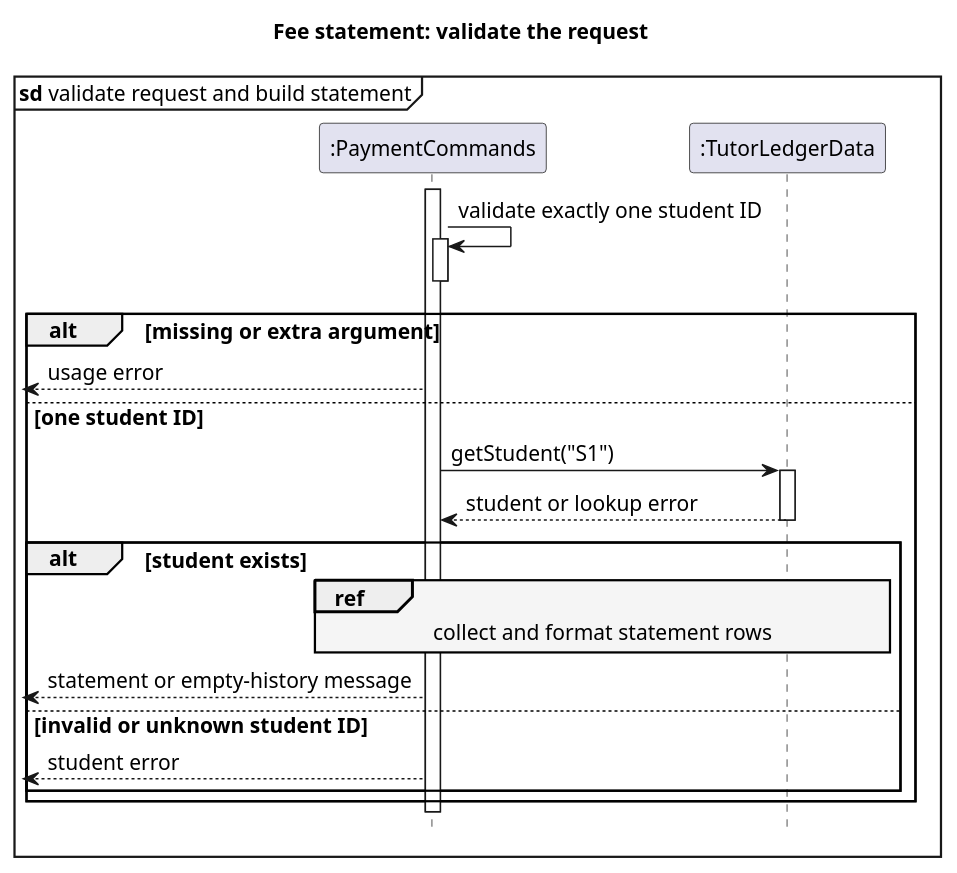
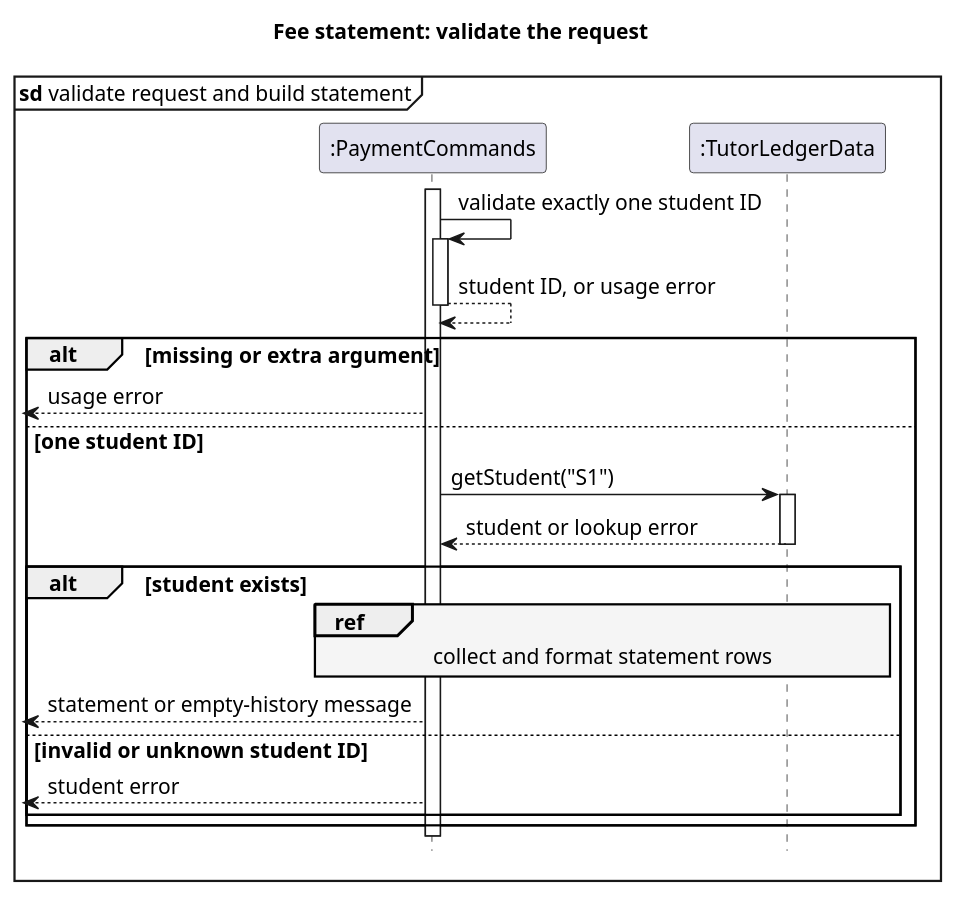
Before and after one commit to AY2627S1-CS2113-W12-2/tp: the diagram in docs/diagrams/fee-statement-request-sequence.puml, drawn with PlantUML. The commit also changed 21 other files, not shown here.

First line of the commit message:
DG: Add return arrows to self-calls in sequence diagrams

```diff
--- a/docs/diagrams/fee-statement-request-sequence.puml
+++ b/docs/diagrams/fee-statement-request-sequence.puml
@@ -1,33 +1,34 @@
 @startuml
 skinparam backgroundColor white
 skinparam defaultFontSize 14
 skinparam shadowing false
 skinparam sequenceReferenceBackgroundColor #F5F5F5
 hide footbox
 title Fee statement: validate the request
 mainframe **sd** validate request and build statement
 
 participant ":PaymentCommands" as Commands
 participant ":TutorLedgerData" as Data
 
 activate Commands
 Commands -> Commands : validate exactly one student ID
 activate Commands
+Commands --> Commands : student ID, or usage error
 deactivate Commands
 
 alt missing or extra argument
   Commands -->[ : usage error
 else one student ID
   Commands -> Data : getStudent("S1")
   activate Data
   Data --> Commands : student or lookup error
   deactivate Data
   alt student exists
     ref over Commands, Data : collect and format statement rows
     Commands -->[ : statement or empty-history message
   else invalid or unknown student ID
     Commands -->[ : student error
   end
 end
 deactivate Commands
 @enduml
```
